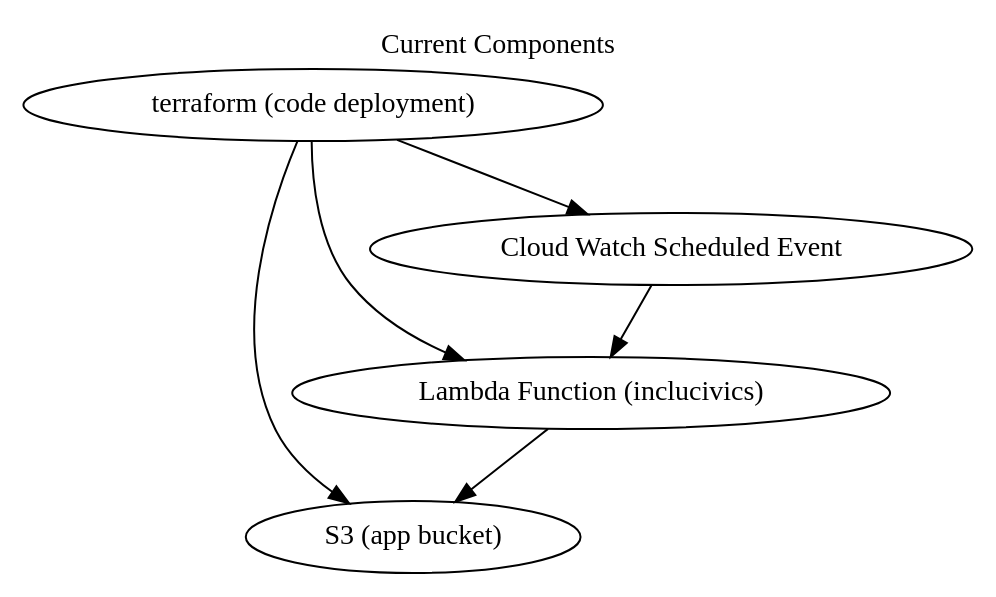
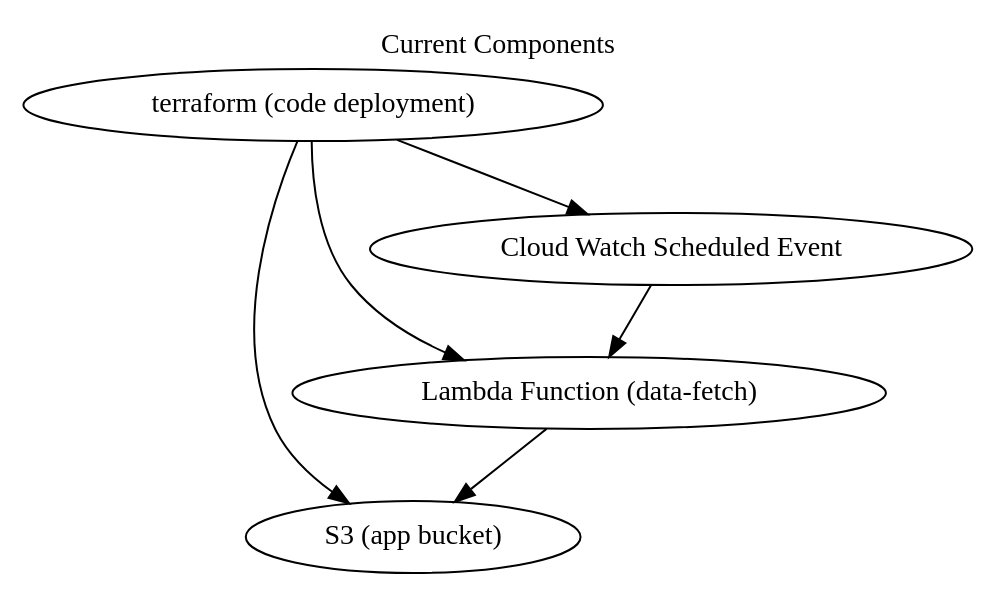
The diagram in docs/architecture.dot (code-for-nashville/inclucivics), drawn with Graphviz before and after one commit. The commit also changed 2 other files, not shown here.

Commit message:
rename inclucivics funciton to data-fetch

```diff
--- a/docs/architecture.dot
+++ b/docs/architecture.dot
@@ -1,11 +1,11 @@
 digraph {
   label="Current Components"
   labelloc=top
   tf [label = "terraform (code deployment)"]
   s3 [label = "S3 (app bucket)"]
-  lf [label = "Lambda Function (inclucivics)"]
+  lf [label = "Lambda Function (data-fetch)"]
   cw [label = "Cloud Watch Scheduled Event"]
   tf -> cw -> lf -> s3
   tf -> lf
   tf -> s3
 }
```
